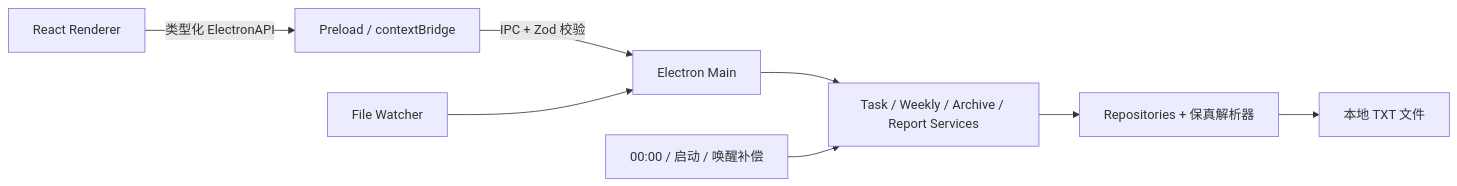
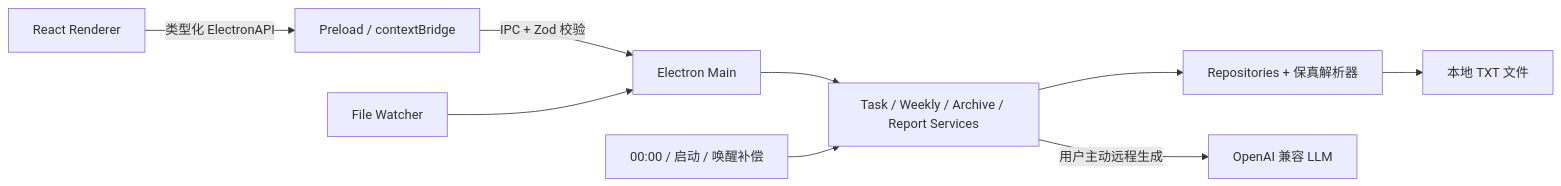
The diagram in README.md (StoneNbc/To-do-for-weekly-report), drawn with Mermaid before and after one commit. The commit also changed other lines of this file and 6 other files, not shown here.

````diff
--- a/README.md
+++ b/README.md
@@ -178,10 +189,11 @@
 ```mermaid
 flowchart LR
     UI["React Renderer"] -->|"类型化 ElectronAPI"| Preload["Preload / contextBridge"]
     Preload -->|"IPC + Zod 校验"| Main["Electron Main"]
     Main --> Services["Task / Weekly / Archive / Report Services"]
     Services --> Repositories["Repositories + 保真解析器"]
     Repositories --> Files["本地 TXT 文件"]
+    Services -->|"用户主动远程生成"| LLM["OpenAI 兼容 LLM"]
     Watcher["File Watcher"] --> Main
     Scheduler["00:00 / 启动 / 唤醒补偿"] --> Services
 ```
````
